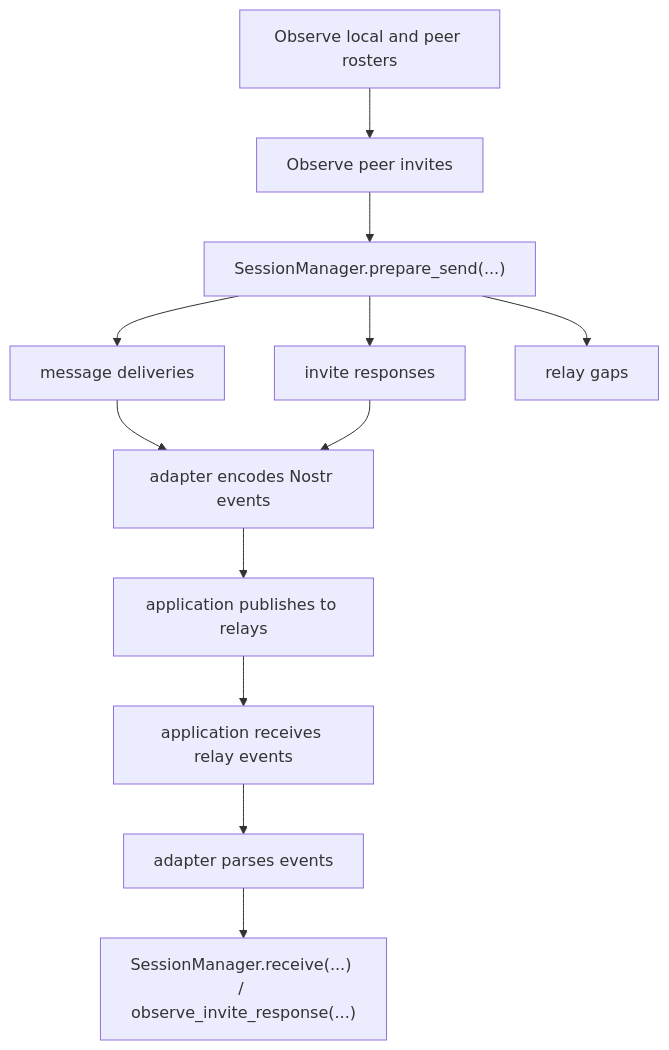
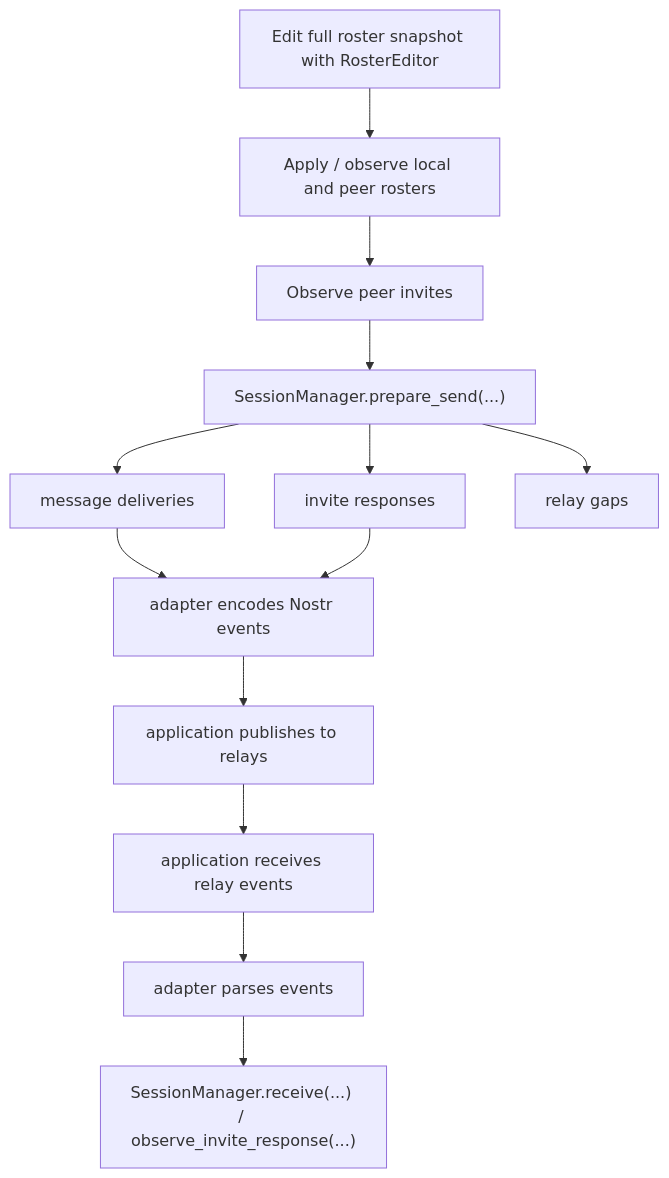
Before and after one commit to lauri000/nostr-double-ratchet: the second of 3 diagrams in README.md, drawn with Mermaid. The commit also changed other lines of this file and 16 other files, not shown here.

````diff
--- a/README.md
+++ b/README.md
@@ -53,14 +55,15 @@
 ```mermaid
 flowchart TD
-  Roster["Observe local and peer rosters"] --> Invite["Observe peer invites"]
+  Edit["Edit full roster snapshot with RosterEditor"] --> Roster["Apply / observe local and peer rosters"]
+  Roster --> Invite["Observe peer invites"]
   Invite --> Prepare["SessionManager.prepare_send(...)"]
   Prepare --> Deliveries["message deliveries"]
   Prepare --> Responses["invite responses"]
   Prepare --> Gaps["relay gaps"]
   Deliveries --> Encode["adapter encodes Nostr events"]
   Responses --> Encode
   Encode --> Publish["application publishes to relays"]
   Publish --> Receive["application receives relay events"]
   Receive --> Parse["adapter parses events"]
   Parse --> Apply["SessionManager.receive(...) / observe_invite_response(...)"]
 ```
````
